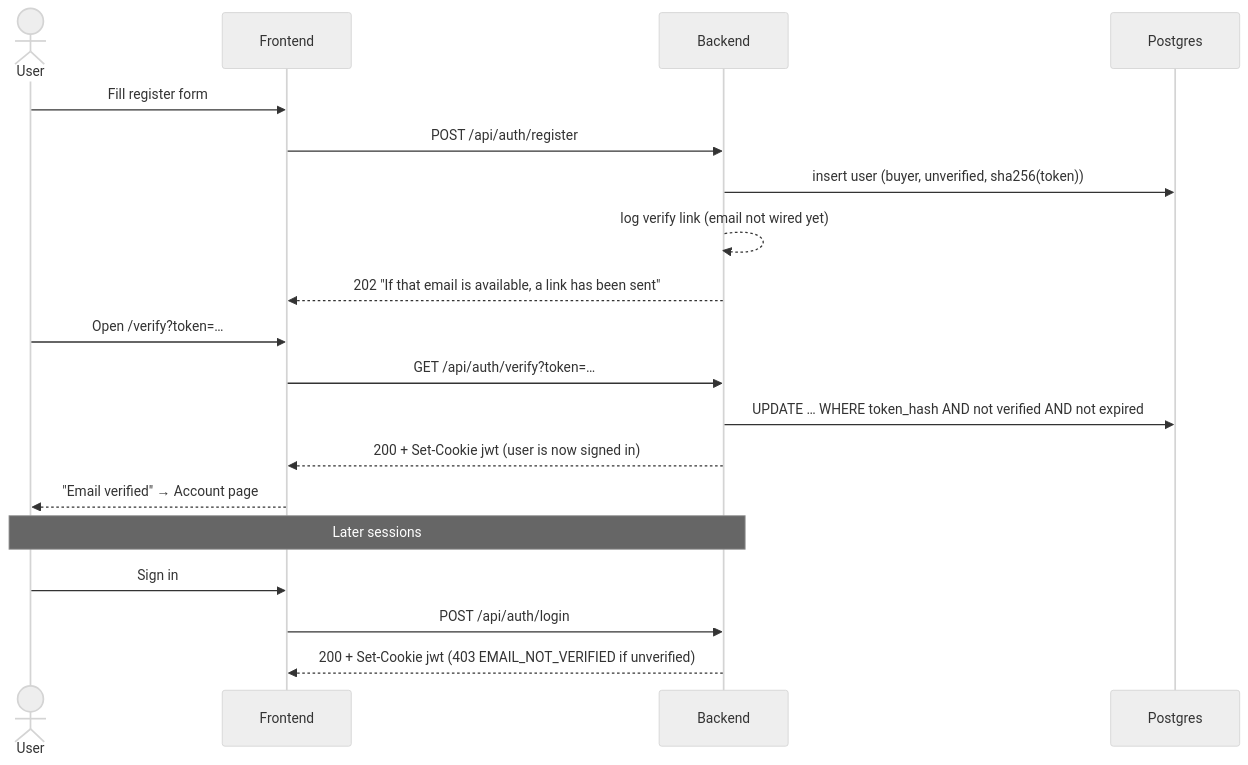
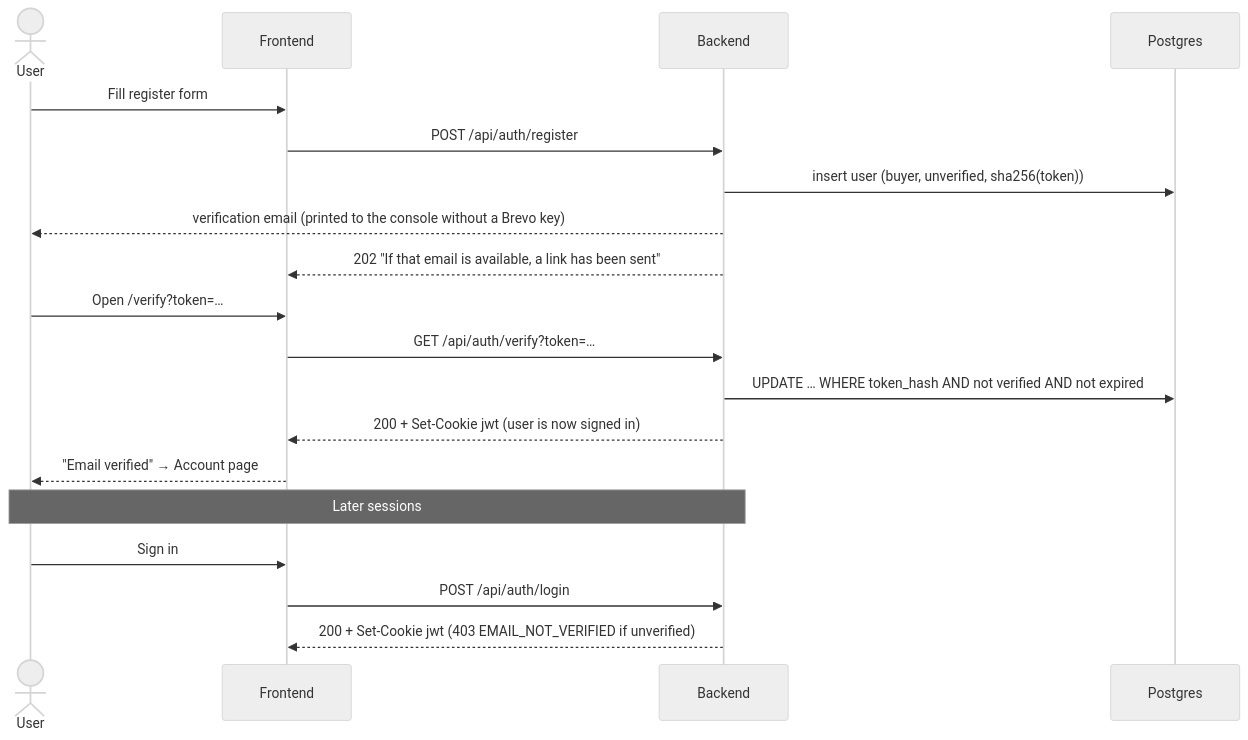
The first of 7 diagrams in docs/DOCUMENTATION.md (Danishmemon95/SeatEasy), drawn with Mermaid (neutral theme) before and after one commit. The commit also changed other lines of this file and 20 other files, not shown here.

````diff
--- a/docs/DOCUMENTATION.md
+++ b/docs/DOCUMENTATION.md
@@ -137,22 +139,22 @@
 ```mermaid
 sequenceDiagram
     actor U as User
     participant FE as Frontend
     participant API as Backend
     participant DB as Postgres
 
     U->>FE: Fill register form
     FE->>API: POST /api/auth/register
     API->>DB: insert user (buyer, unverified, sha256(token))
-    API-->>API: log verify link (email not wired yet)
+    API-->>U: verification email (printed to the console without a Brevo key)
     API-->>FE: 202 "If that email is available, a link has been sent"
     U->>FE: Open /verify?token=…
     FE->>API: GET /api/auth/verify?token=…
     API->>DB: UPDATE … WHERE token_hash AND not verified AND not expired
     API-->>FE: 200 + Set-Cookie jwt (user is now signed in)
     FE-->>U: "Email verified" → Account page
     Note over U,API: Later sessions
     U->>FE: Sign in
     FE->>API: POST /api/auth/login
     API-->>FE: 200 + Set-Cookie jwt  (403 EMAIL_NOT_VERIFIED if unverified)
 ```
````
